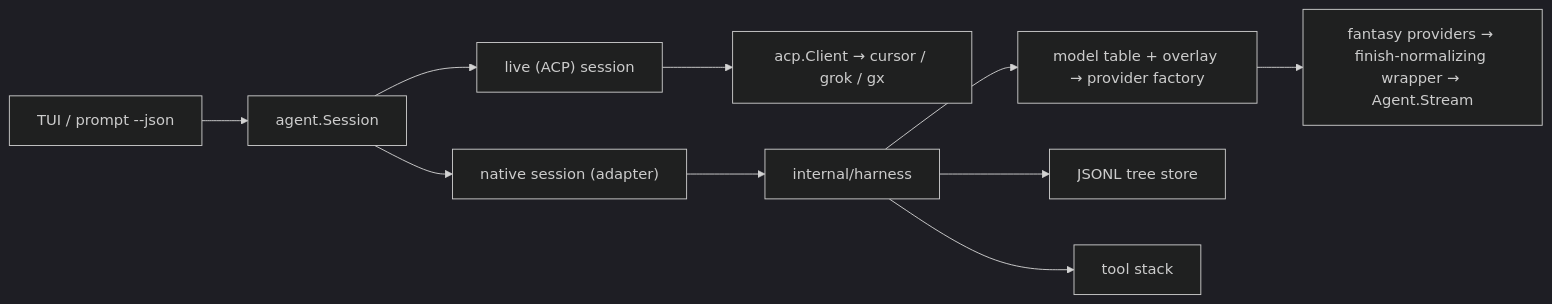
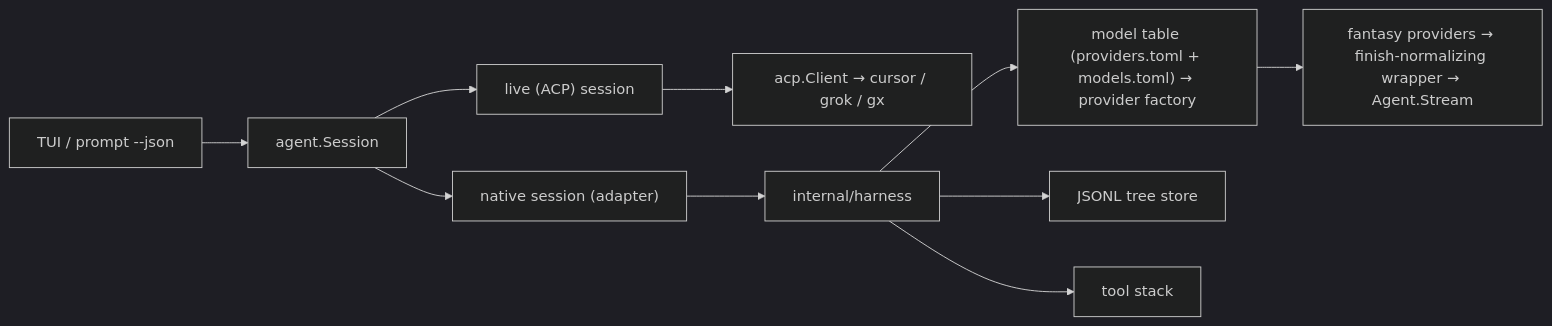
The diagram in discovery/native-harness/02-architecture.md (charliek/craze), drawn with Mermaid (dark theme) before and after one commit. The commit also changed other lines of this file and 8 other files, not shown here.

````diff
--- a/discovery/native-harness/02-architecture.md
+++ b/discovery/native-harness/02-architecture.md
@@ -13,12 +13,12 @@
 ```mermaid
 flowchart LR
   tui["TUI / prompt --json"] --> session["agent.Session"]
   session --> live["live (ACP) session"]
   session --> native["native session (adapter)"]
   live --> acp["acp.Client → cursor / grok / gx"]
   native --> harness["internal/harness"]
-  harness --> providers["model table + overlay → provider factory"]
+  harness --> providers["model table (providers.toml + models.toml) → provider factory"]
   providers --> fantasy["fantasy providers → finish-normalizing wrapper → Agent.Stream"]
   harness --> store["JSONL tree store"]
   harness --> tools["tool stack"]
 ```
````
